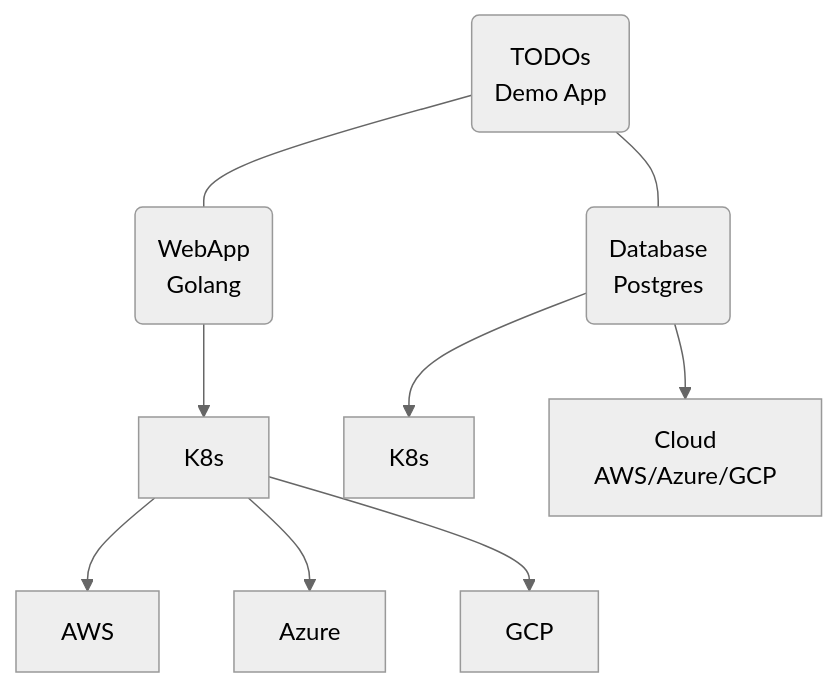
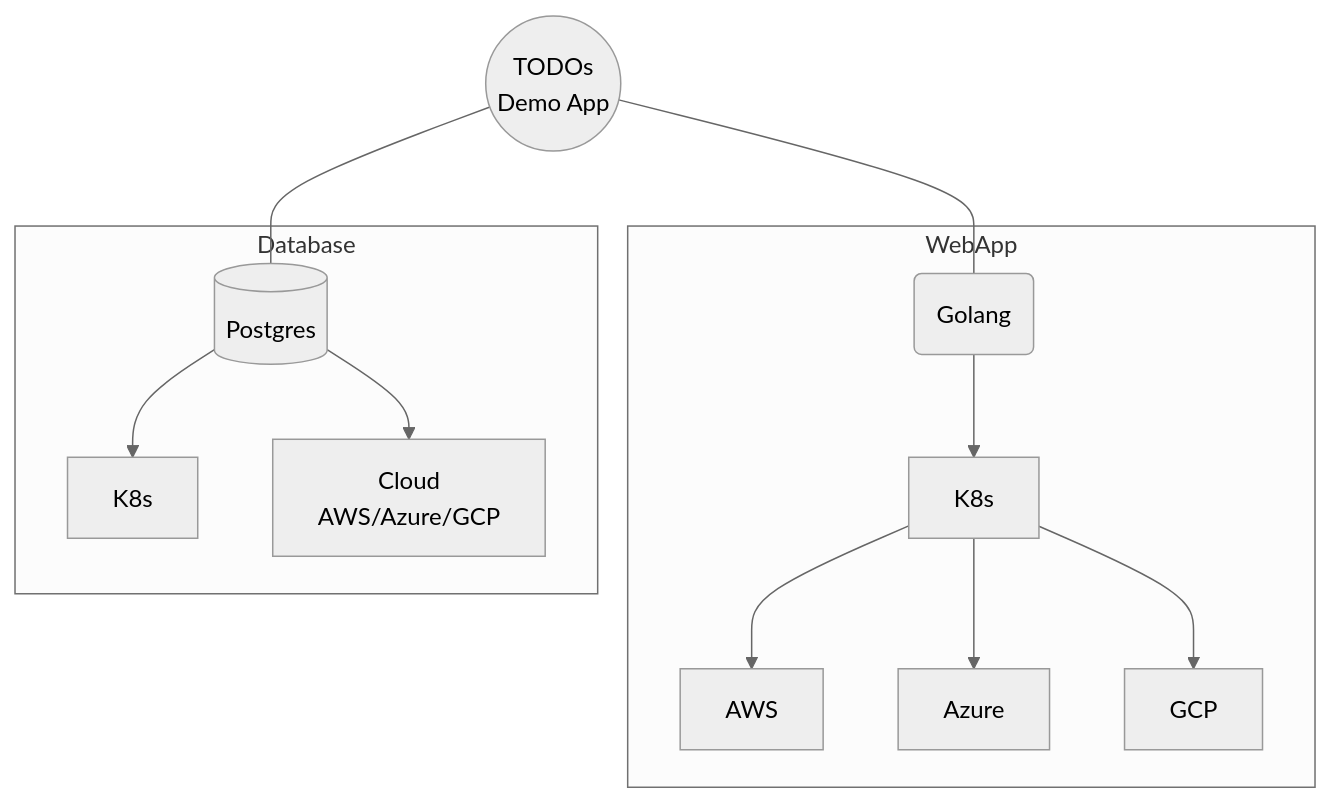
Before and after one commit to luebken/todos: the diagram in readme.md, drawn with Mermaid (neutral theme).

````diff
--- a/readme.md
+++ b/readme.md
@@ -8,11 +8,15 @@
 ```mermaid
 flowchart TD
-    TODOs(TODOs<br>Demo App) --- Webapp(WebApp<br>Golang)
-    TODOs --- Database(Database<br>Postgres)
-    Webapp --> K8s
-    K8s --> AWS 
-    K8s --> Azure 
-    K8s --> GCP
-    Database --> K8s2[K8s]
-    Database --> Cloud[Cloud<br>AWS/Azure/GCP]
+    TODOs((TODOs<br>Demo App)) --- Golang(Golang)
+    TODOs --- Postgres[(Postgres)]
+    subgraph WebApp
+        Golang --> K8s
+        K8s --> AWS 
+        K8s --> Azure 
+        K8s --> GCP    
+    end
+    subgraph Database
+        Postgres --> K8s2[K8s]
+        Postgres --> Cloud[Cloud<br>AWS/Azure/GCP]
+    end
 ```
````
